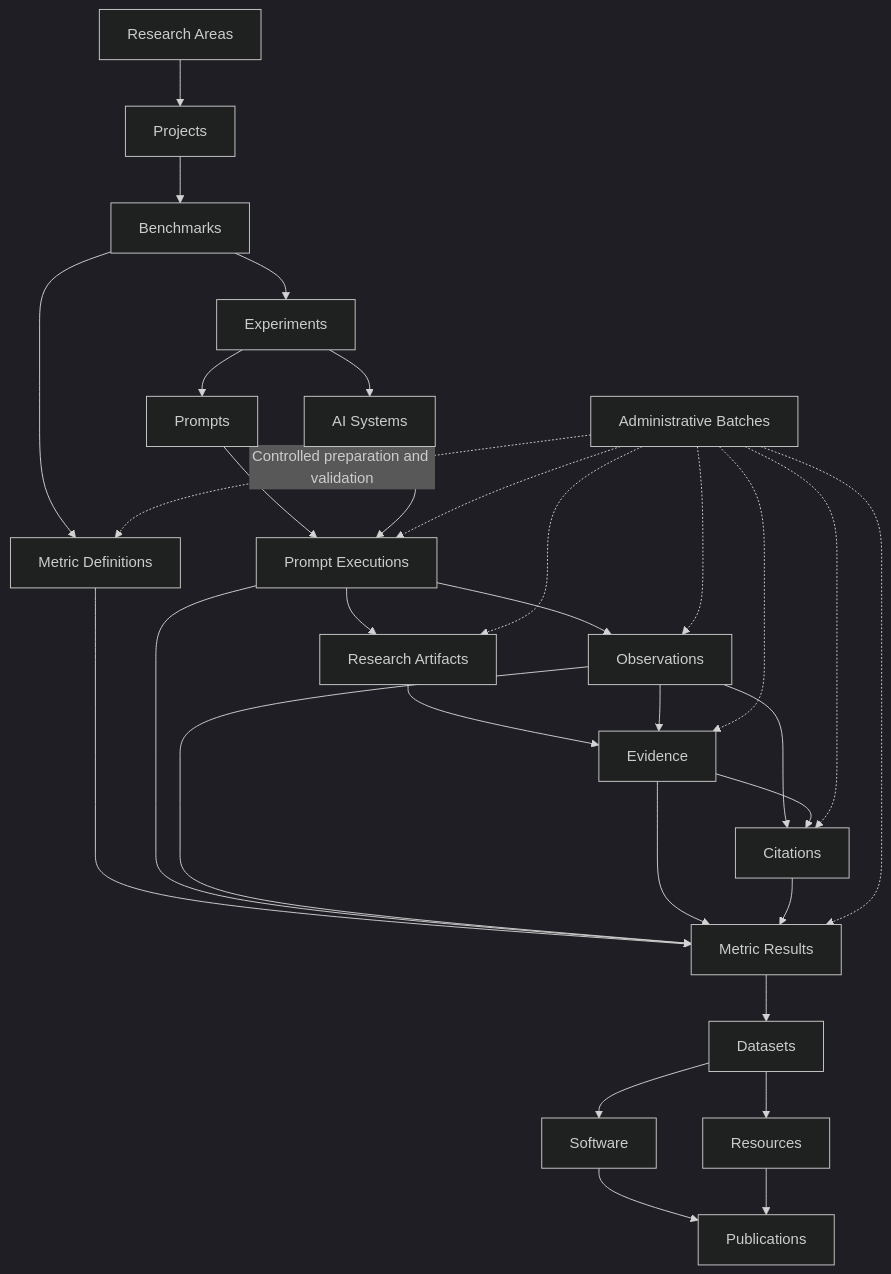
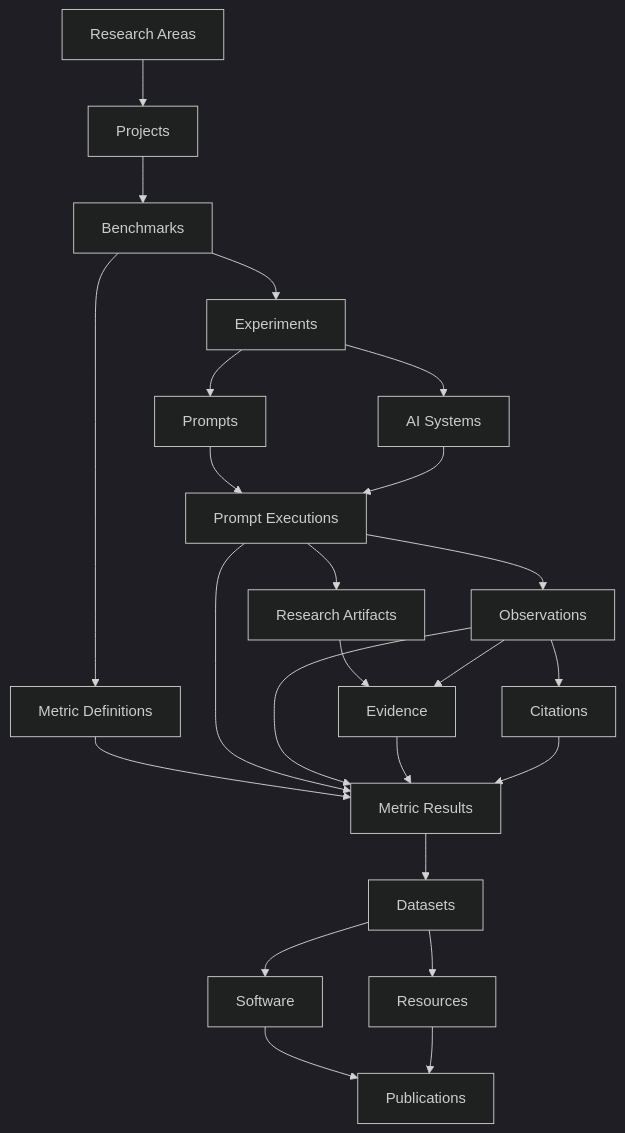
One commit to gslhub/website changed the diagram in README.md. Above: the diagram before and after it, drawn with Mermaid (dark theme). The commit also changed other lines of this file, not shown here.

````diff
--- a/README.md
+++ b/README.md
@@ -168,34 +150,26 @@
 ```mermaid
 flowchart TD
     A[Research Areas] --> B[Projects]
     B --> C[Benchmarks]
     C --> D[Experiments]
     C --> MD[Metric Definitions]
     D --> E[Prompts]
     D --> F[AI Systems]
     E --> G[Prompt Executions]
     F --> G
     G --> H[Observations]
     G --> I[Research Artifacts]
     I --> J[Evidence]
     H --> J
     H --> K[Citations]
-    J --> K
     MD --> L[Metric Results]
     G --> L
     H --> L
     J --> L
     K --> L
     L --> M[Datasets]
     M --> N[Software]
     M --> O[Resources]
     N --> P[Publications]
     O --> P
-    T[Administrative Batches] -. Controlled preparation and validation .-> MD
-    T -.-> G
-    T -.-> H
-    T -.-> I
-    T -.-> J
-    T -.-> K
-    T -.-> L
 ```
````
